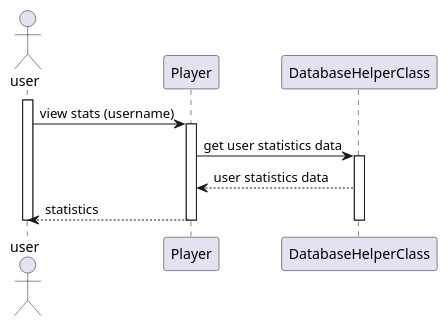
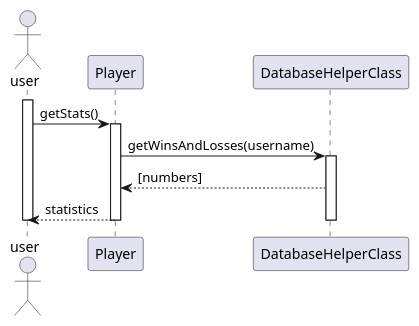
One commit to PolyPong/PolyPong changed the diagram in doc/sequencediagrams/fr10.puml. Above: the diagram before and after it, drawn with PlantUML.

Commit message:
final fr10 hopefully

```diff
--- a/doc/sequencediagrams/fr10.puml
+++ b/doc/sequencediagrams/fr10.puml
@@ -1,20 +1,20 @@
 @startuml
 actor user
 
 
 participant Player as U
 participant DatabaseHelperClass as db
 
 activate user
-user -> U: view stats (username)
+user -> U: getStats()
 
                 activate U
-                U -> db: get user statistics data
+                U -> db: getWinsAndLosses(username)
                         activate db
-                db --> U: user statistics data
+                db --> U: [numbers]
 U --> user: statistics
                                 deactivate db
 
                 deactivate U
 deactivate user
 @enduml
```
